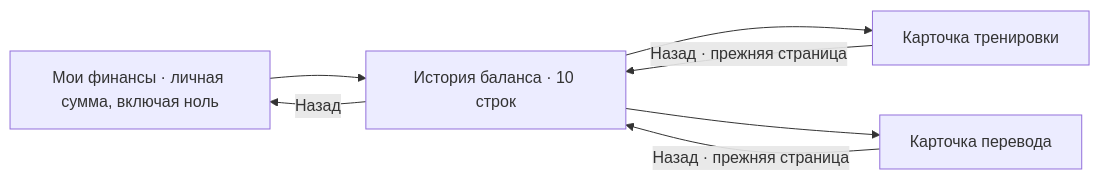
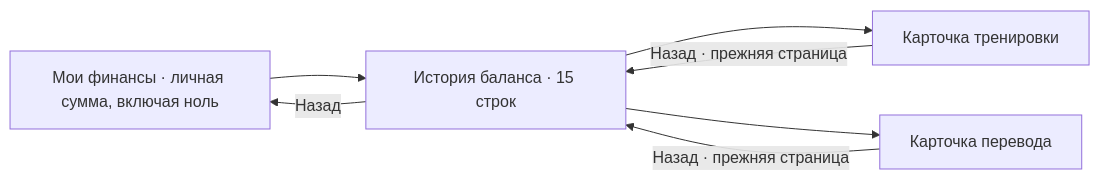
The fourth of 4 diagrams in docs/UI_FLOW_REVIEW.md (Romamor/tennis-split-bot), drawn with Mermaid before and after one commit. The commit also changed other lines of this file and 16 other files, not shown here.

````diff
--- a/docs/UI_FLOW_REVIEW.md
+++ b/docs/UI_FLOW_REVIEW.md
@@ -597,9 +597,9 @@
 ```mermaid
 flowchart LR
-    F[Мои финансы · личная сумма, включая ноль] --> H[История баланса · 10 строк]
+    F[Мои финансы · личная сумма, включая ноль] --> H[История баланса · 15 строк]
     H --> T[Карточка тренировки]
     H --> P[Карточка перевода]
     T -->|Назад · прежняя страница| H
     P -->|Назад · прежняя страница| H
     H -->|Назад| F
 ```
````
